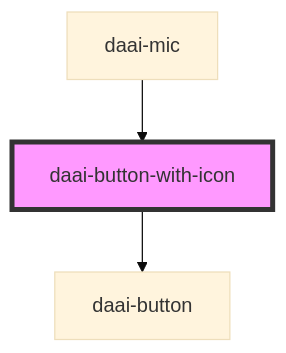
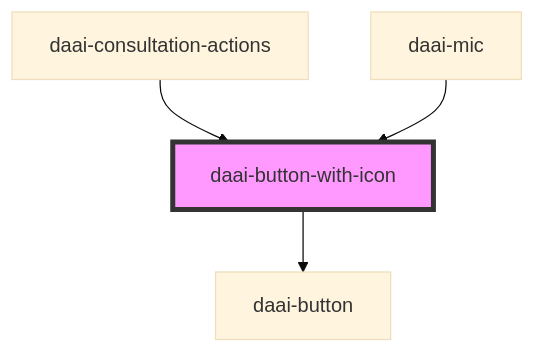
Before and after one commit to doctor-assistant/web-components: the diagram in src/components/molecules/daai-button-with-icon/readme.md, drawn with Mermaid (base theme). The commit also changed other lines of this file and 25 other files, not shown here.

````diff
--- a/src/components/molecules/daai-button-with-icon/readme.md
+++ b/src/components/molecules/daai-button-with-icon/readme.md
@@ -27,6 +28,7 @@
 ```mermaid
 graph TD;
   daai-button-with-icon --> daai-button
+  daai-consultation-actions --> daai-button-with-icon
   daai-mic --> daai-button-with-icon
   style daai-button-with-icon fill:#f9f,stroke:#333,stroke-width:4px
 ```
````
